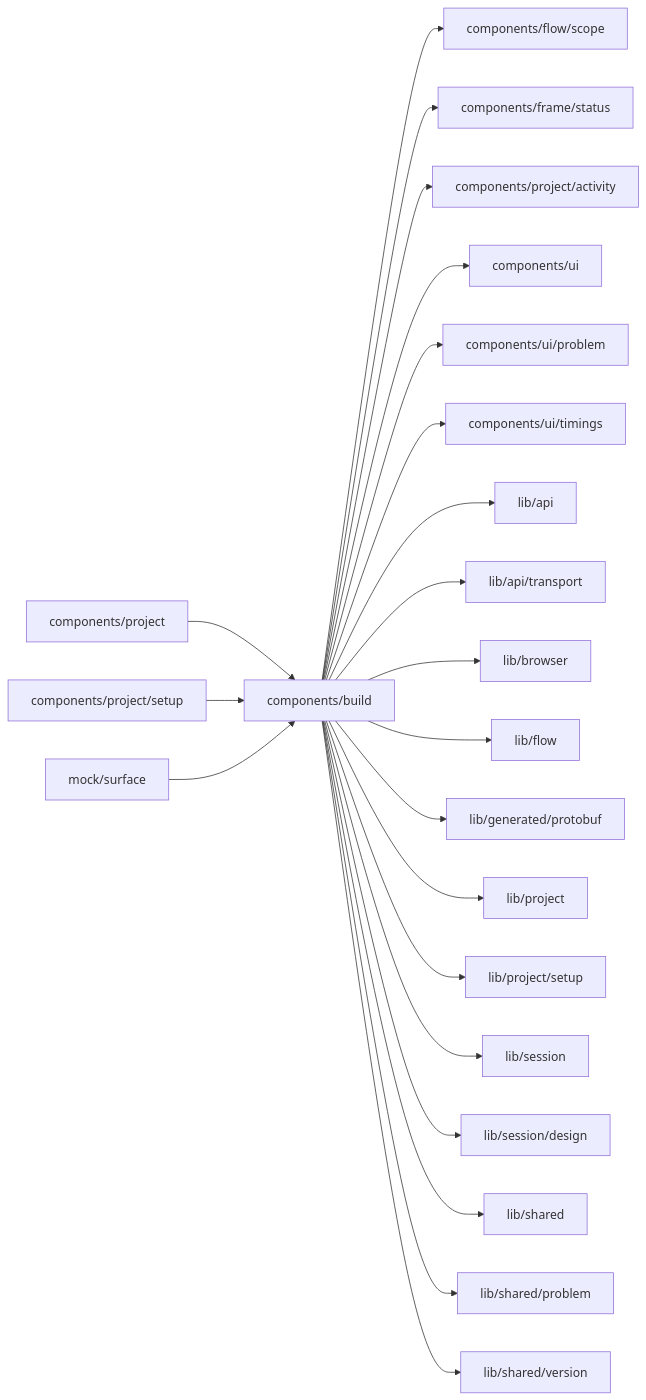
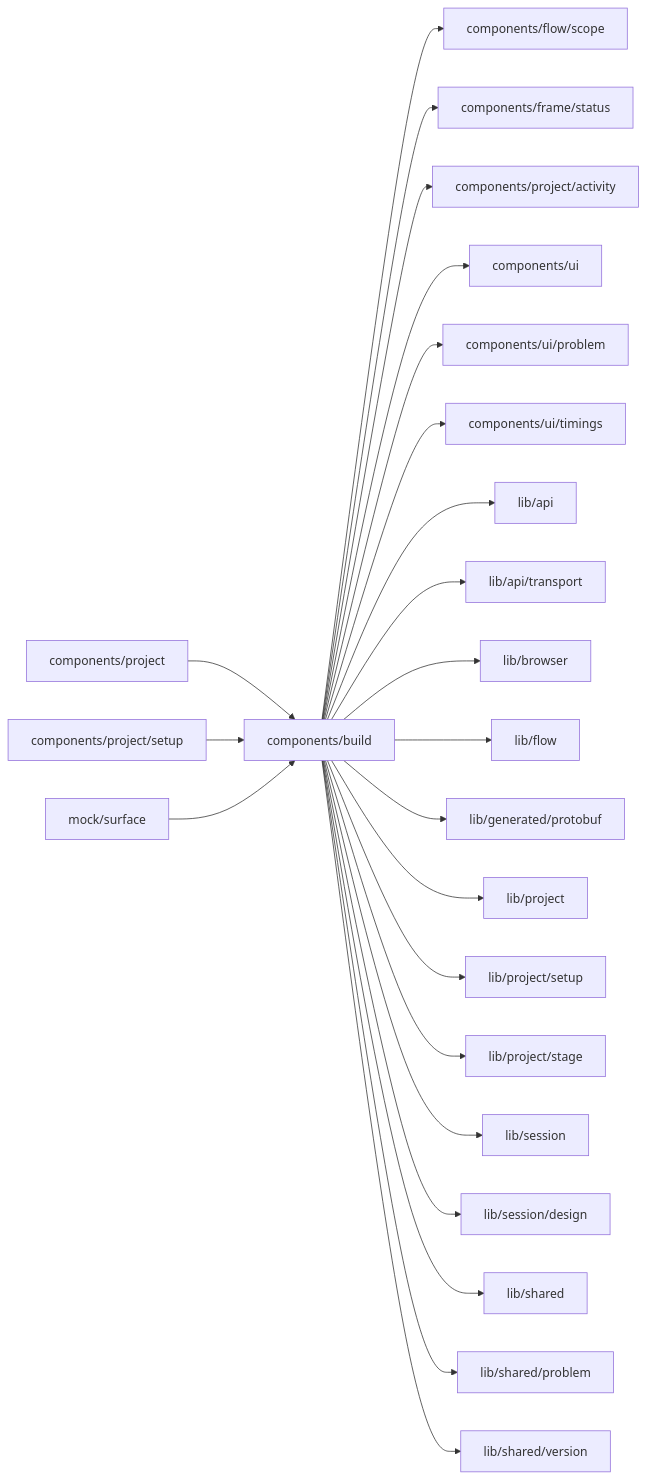
The diagram in web/studio/components/build/README.md (superdurable/superverse), drawn with Mermaid before and after one commit. The commit also changed other lines of this file and 278 other files, not shown here.

````diff
--- a/web/studio/components/build/README.md
+++ b/web/studio/components/build/README.md
@@ -10,25 +10,26 @@
 ```mermaid
 flowchart LR
   self["components/build"]
   c0["components/project"] --> self
   c1["components/project/setup"] --> self
   c2["mock/surface"] --> self
   self --> d0["components/flow/scope"]
   self --> d1["components/frame/status"]
   self --> d2["components/project/activity"]
   self --> d3["components/ui"]
   self --> d4["components/ui/problem"]
   self --> d5["components/ui/timings"]
   self --> d6["lib/api"]
   self --> d7["lib/api/transport"]
   self --> d8["lib/browser"]
   self --> d9["lib/flow"]
   self --> d10["lib/generated/protobuf"]
   self --> d11["lib/project"]
   self --> d12["lib/project/setup"]
-  self --> d13["lib/session"]
-  self --> d14["lib/session/design"]
-  self --> d15["lib/shared"]
-  self --> d16["lib/shared/problem"]
-  self --> d17["lib/shared/version"]
+  self --> d13["lib/project/stage"]
+  self --> d14["lib/session"]
+  self --> d15["lib/session/design"]
+  self --> d16["lib/shared"]
+  self --> d17["lib/shared/problem"]
+  self --> d18["lib/shared/version"]
 ```
````
